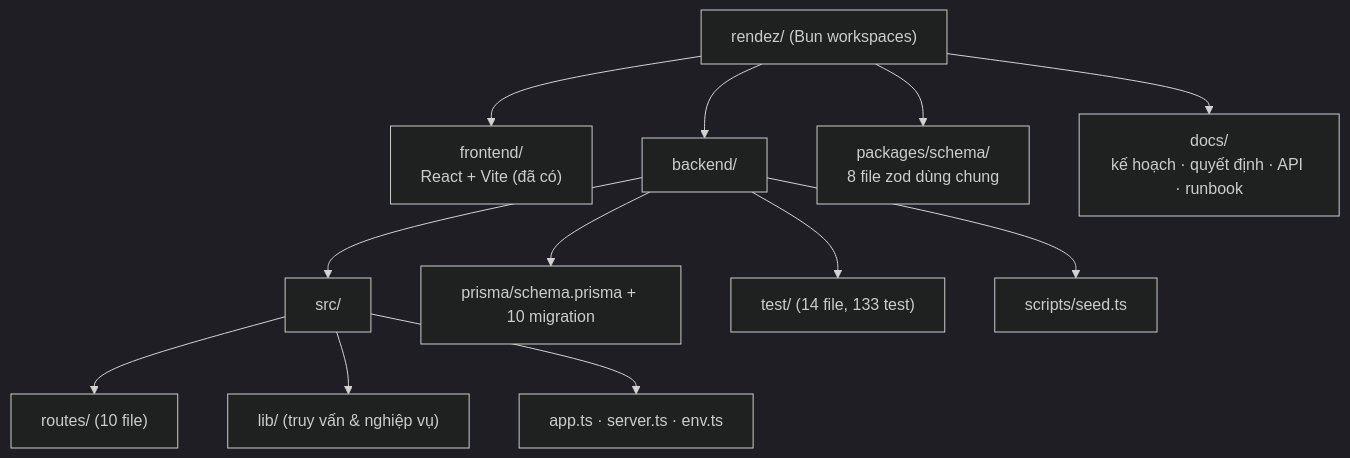
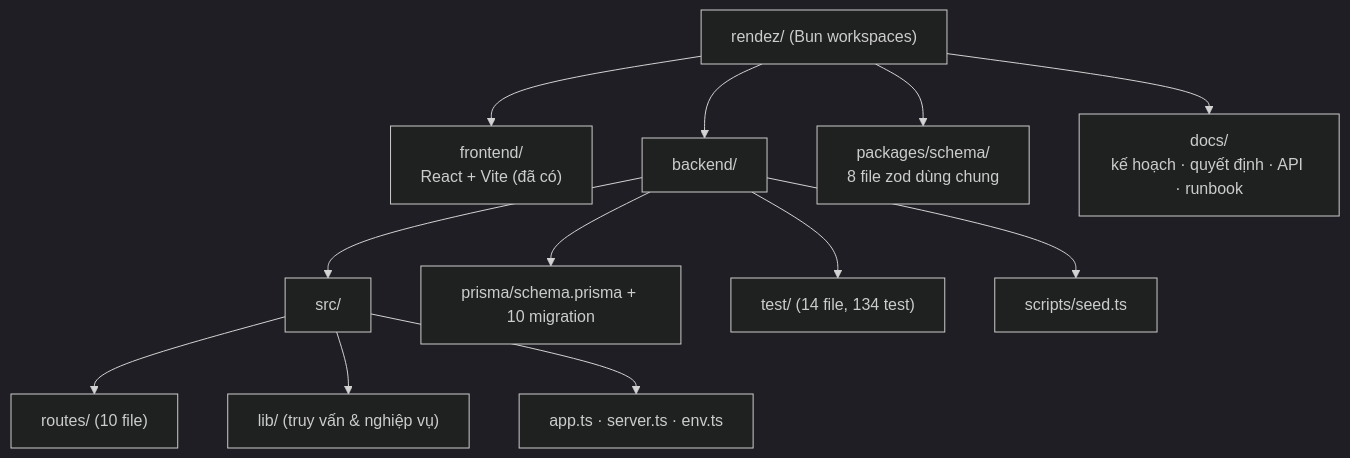
One commit to longqt321/Rendez-PBL6 changed the sixth of 14 diagrams in docs/bao-cao/BAO-CAO-DO-AN.md. Above: the diagram before and after it, drawn with Mermaid (dark theme). The commit also changed other lines of this file and 3 other files, not shown here.

````diff
--- a/docs/bao-cao/BAO-CAO-DO-AN.md
+++ b/docs/bao-cao/BAO-CAO-DO-AN.md
@@ -443,15 +443,15 @@
 ```mermaid
 flowchart TB
   Root["rendez/ (Bun workspaces)"]
   Root --> FE["frontend/<br/>React + Vite (đã có)"]
   Root --> BE["backend/"]
   Root --> PKG["packages/schema/<br/>8 file zod dùng chung"]
   Root --> DOC["docs/<br/>kế hoạch · quyết định · API · runbook"]
   BE --> SRC["src/"]
   SRC --> R["routes/ (10 file)"]
   SRC --> L["lib/ (truy vấn & nghiệp vụ)"]
   SRC --> I["app.ts · server.ts · env.ts"]
   BE --> PR["prisma/schema.prisma + 10 migration"]
-  BE --> T["test/ (14 file, 133 test)"]
+  BE --> T["test/ (14 file, 134 test)"]
   BE --> SC["scripts/seed.ts"]
 ```
````
